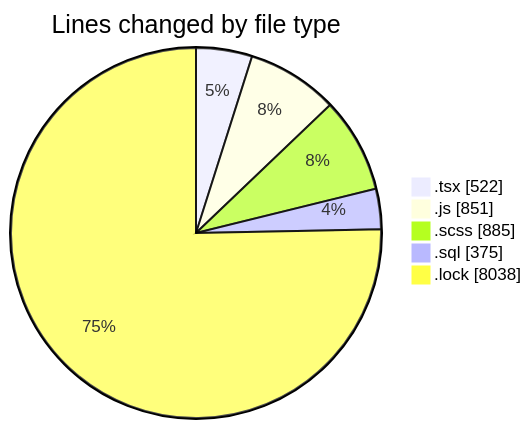
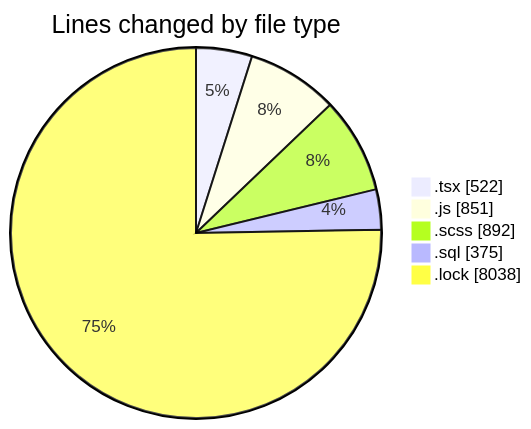
One commit to momahboobian/code-tracking changed the first of 2 diagrams in 2025-03-18/cda/README.md. Above: the diagram before and after it, drawn with Mermaid. The commit also changed other lines of this file and 1 other file, not shown here.

````diff
--- a/2025-03-18/cda/README.md
+++ b/2025-03-18/cda/README.md
@@ -30,9 +30,9 @@
 ```mermaid
 pie showData
 title Lines changed by file type
 ".tsx" : 522
 ".js" : 851
-".scss" : 885
+".scss" : 892
 ".sql" : 375
 ".lock" : 8038
 ```
````
